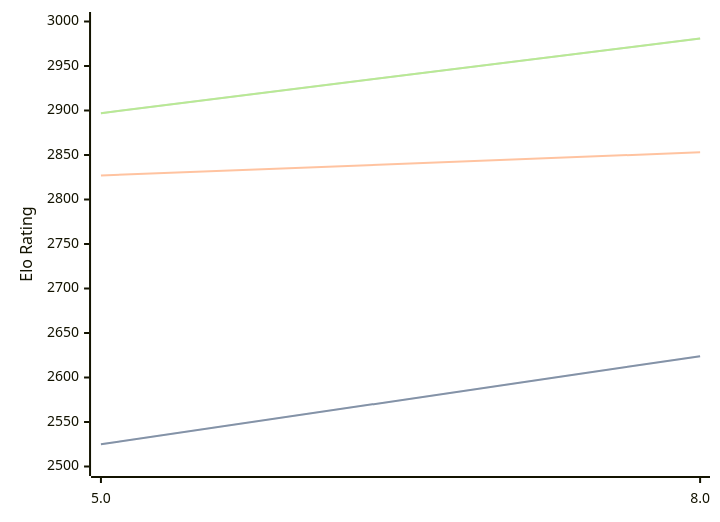
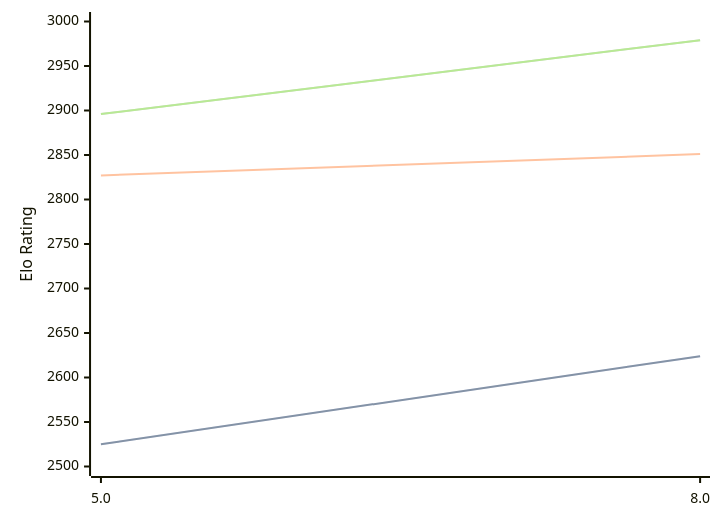
Before and after one commit to computer-chess-index/cci: the diagram in engines/4kc.md, drawn with Mermaid. The commit also changed other lines of this file, not shown here.

Commit message:
Update CCI Ratings (ELO VLTC) - 2026-04-26

````diff
--- a/engines/4kc.md
+++ b/engines/4kc.md
@@ -41,11 +41,11 @@
 ```mermaid
 %%{init: {"theme":"base","themeVariables":{"seriesColors:['#a3a3a3','#222221','#faa371']}}}%%
 xychart-beta
   x-axis ["5.0", "8.0"]
   y-axis "Elo Rating" 2500 --> 3000
   line "STC (8.0+0.08s)" [2525, 2624]
   line "STC (8.0+0.08s)" [2525, 2624]
-  line "LTC (60.0+0.60s)" [2827, 2853]
-  line "VLTC (2m24s+1.12s)" [2897, 2981]
-  line "VLTC (2m24s+1.12s)" [2897, 2981]
+  line "LTC (60.0+0.60s)" [2827, 2851]
+  line "VLTC (2m24s+1.12s)" [2896, 2979]
+  line "VLTC (2m24s+1.12s)" [2896, 2979]
 ```
````
